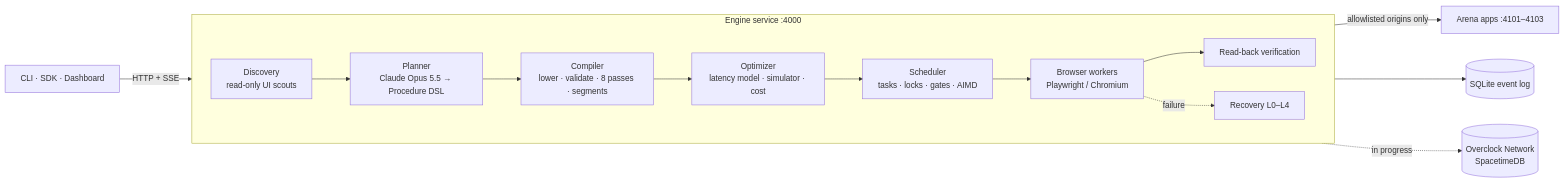
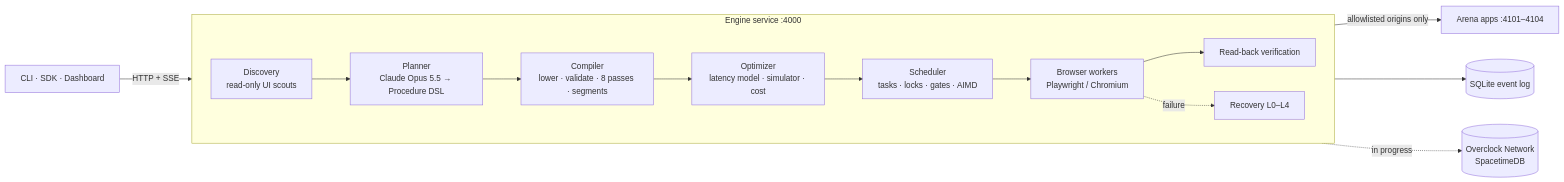
The diagram in README.md (NoelSason/Overclock), drawn with Mermaid before and after one commit. The commit also changed other lines of this file and 4 other files, not shown here.

````diff
--- a/README.md
+++ b/README.md
@@ -88,17 +88,17 @@
 ```mermaid
 flowchart LR
   user["CLI · SDK · Dashboard"] -->|"HTTP + SSE"| engine
   subgraph engine["Engine service :4000"]
     direction LR
     disc["Discovery<br/>read-only UI scouts"] --> plan["Planner<br/>Claude Opus 5.5 → Procedure DSL"]
     plan --> comp["Compiler<br/>lower · validate · 8 passes · segments"]
     comp --> opt["Optimizer<br/>latency model · simulator · cost"]
     opt --> sched["Scheduler<br/>tasks · locks · gates · AIMD"]
     sched --> work["Browser workers<br/>Playwright / Chromium"]
     work --> verify["Read-back verification"]
     work -.->|"failure"| rec["Recovery L0–L4"]
   end
-  work -->|"allowlisted origins only"| apps["Arena apps :4101–4103"]
+  work -->|"allowlisted origins only"| apps["Arena apps :4101–4104"]
   engine --> db[("SQLite event log")]
   engine -.->|"in progress"| net[("Overclock Network<br/>SpacetimeDB")]
 ```
````
